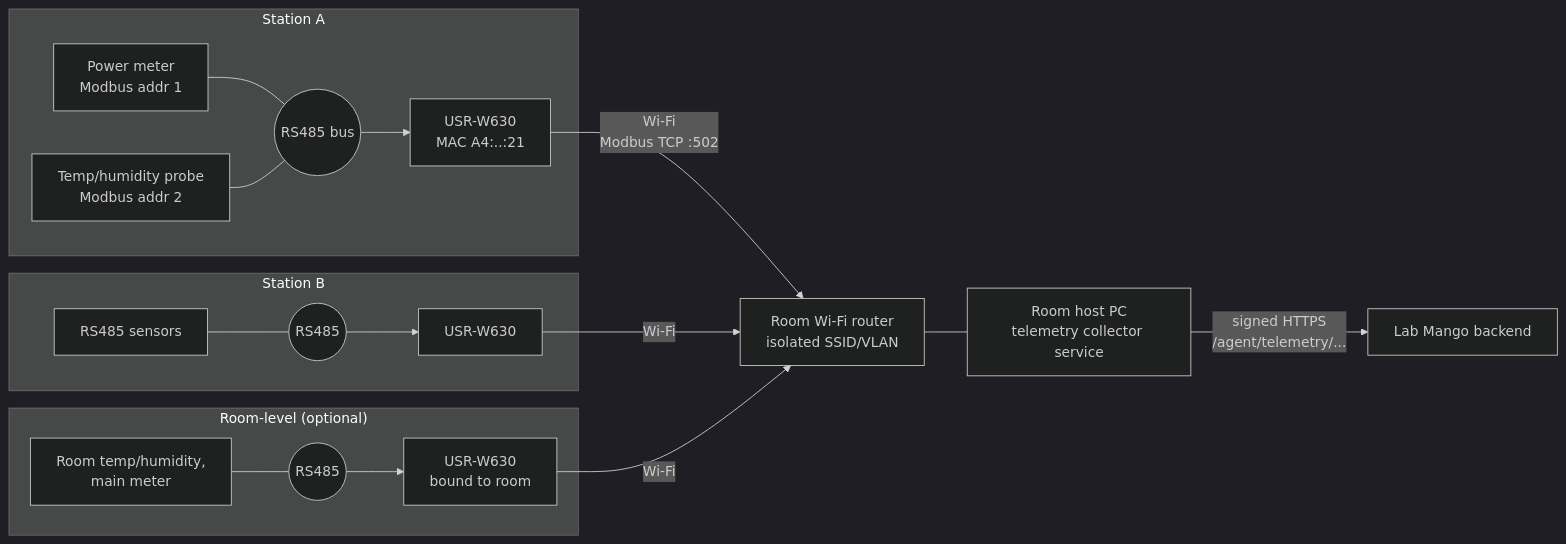
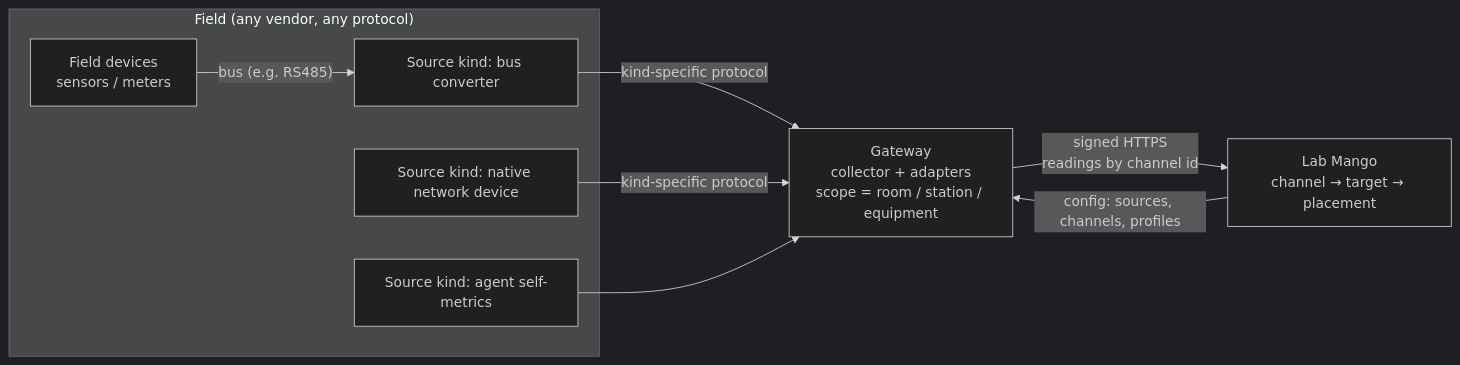
Before and after one commit to angustino88/lab-mango: the first of 7 diagrams in docs/proposals/environment-telemetry.md, drawn with Mermaid (dark theme). The commit also changed other lines of this file, not shown here.

First line of the commit message:
docs: restructure telemetry design into general model and worked example

````diff
--- a/docs/proposals/environment-telemetry.md
+++ b/docs/proposals/environment-telemetry.md
@@ -73,19 +98,13 @@
 ```mermaid
 flowchart LR
-  subgraph "Station A"
-    SA1[Power meter<br/>Modbus addr 1] --- BUSA((RS485 bus))
-    SA2[Temp/humidity probe<br/>Modbus addr 2] --- BUSA
-    BUSA --> WA[USR-W630<br/>MAC A4:..:21]
+  subgraph Field["Field (any vendor, any protocol)"]
+    FD1[Field devices<br/>sensors / meters] -- "bus (e.g. RS485)" --> SRC1[Source kind: bus converter]
+    SRC2[Source kind: native network device]
+    SRC3[Source kind: agent self-metrics]
   end
-  subgraph "Station B"
-    SB1[RS485 sensors] --- BUSB((RS485)) --> WB[USR-W630]
-  end
-  subgraph "Room-level (optional)"
-    SR[Room temp/humidity,<br/>main meter] --- BUSR((RS485)) --> WR[USR-W630<br/>bound to room]
-  end
-  WA -- "Wi-Fi<br/>Modbus TCP :502" --> R[Room Wi-Fi router<br/>isolated SSID/VLAN]
-  WB -- Wi-Fi --> R
-  WR -- Wi-Fi --> R
-  R --- H[Room host PC<br/>telemetry collector service]
-  H -- "signed HTTPS<br/>/agent/telemetry/..." --> API[Lab Mango backend]
+  SRC1 -- "kind-specific protocol" --> GW[Gateway<br/>collector + adapters<br/>scope = room / station / equipment]
+  SRC2 -- "kind-specific protocol" --> GW
+  SRC3 --> GW
+  GW -- "signed HTTPS<br/>readings by channel id" --> LM[Lab Mango<br/>channel → target → placement]
+  LM -- "config: sources, channels, profiles" --> GW
 ```
````
